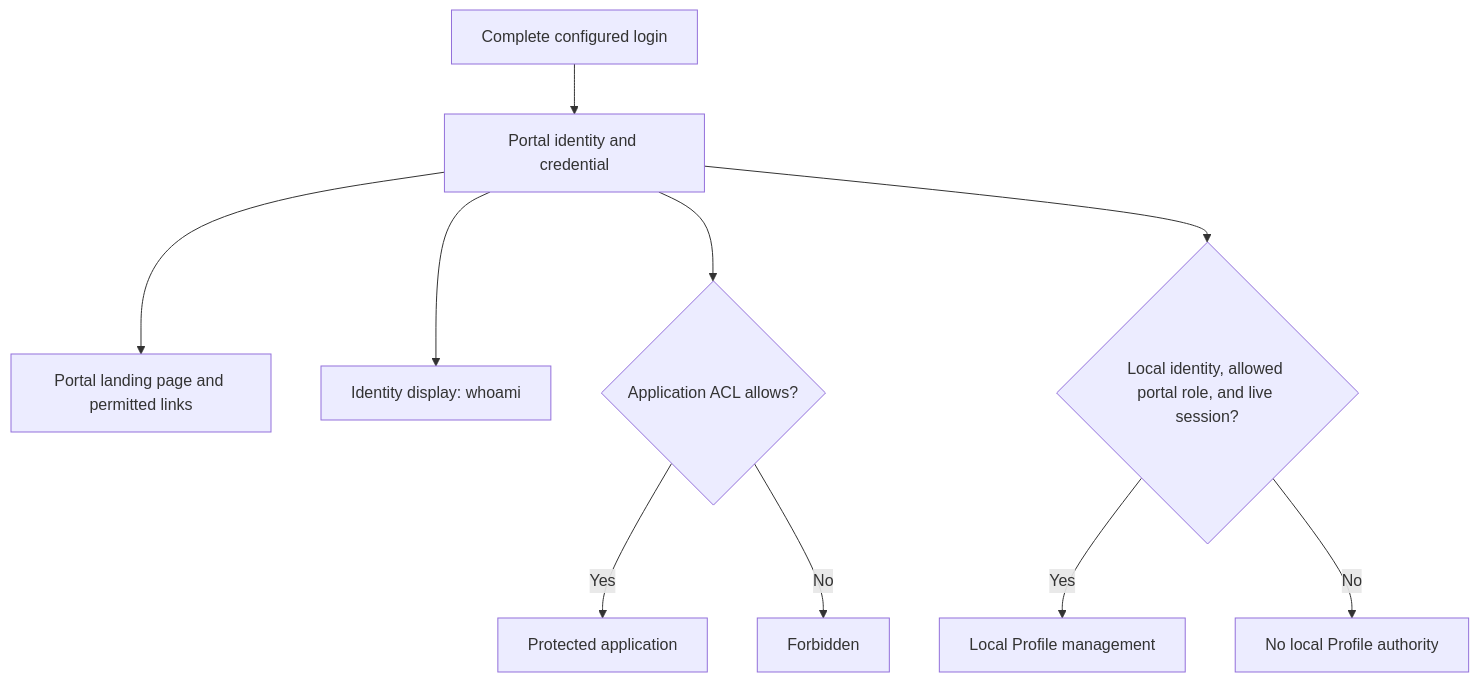
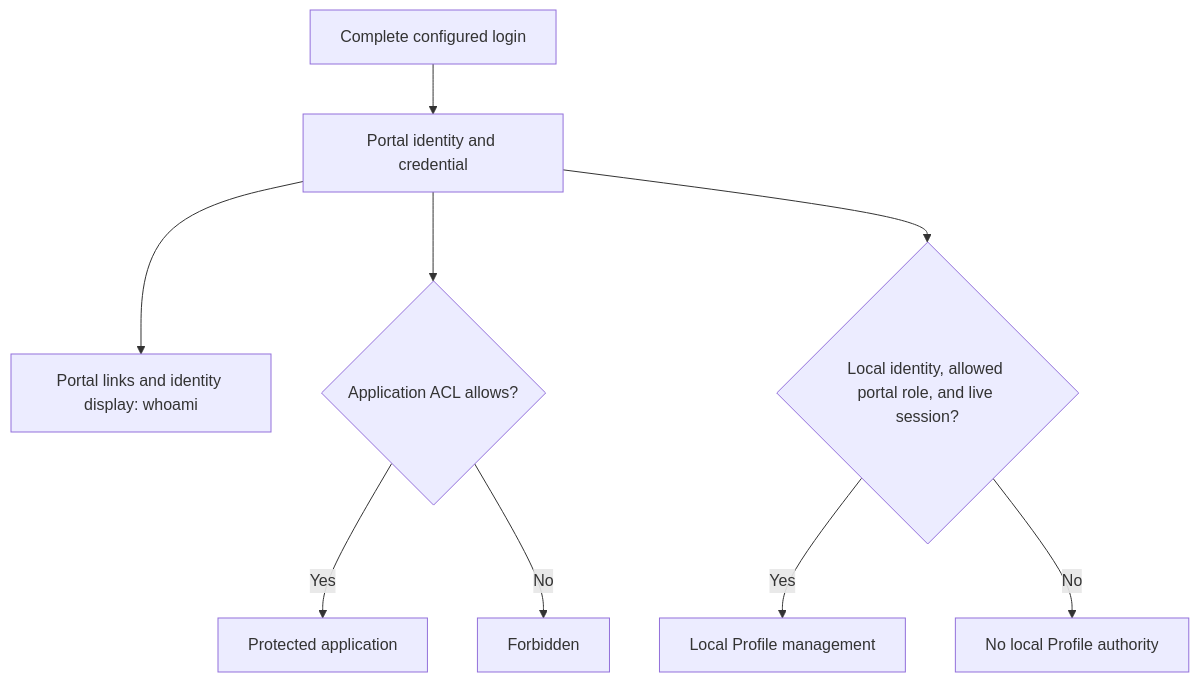
Before and after one commit to authcrunch/authcrunch.github.io: the diagram in docs/authenticate/auth-portal.md, drawn with Mermaid. The commit also changed 183 other files, not shown here.

````diff
--- a/docs/authenticate/auth-portal.md
+++ b/docs/authenticate/auth-portal.md
@@ -26,14 +26,13 @@
 ```mermaid
 flowchart TD
   accTitle: Portal access, account management, and app membership are distinct
   accDescr: Completing login establishes a portal identity. Local Profile management also requires an allowed portal role and a live local session. Application routes require their own role/claim policy. External-provider users manage provider credentials at that provider rather than through the local Profile API.
   L["Complete configured login"] --> I["Portal identity and credential"]
-  I --> P["Portal landing page and permitted links"]
-  I --> W["Identity display: whoami"]
+  I --> P["Portal links and identity display: whoami"]
   I --> A{"Application ACL allows?"}
   A -->|Yes| APP["Protected application"]
   A -->|No| DENY["Forbidden"]
   I --> S{"Local identity, allowed portal role, and live session?"}
   S -->|Yes| PROFILE["Local Profile management"]
   S -->|No| NO["No local Profile authority"]
 ```
````
